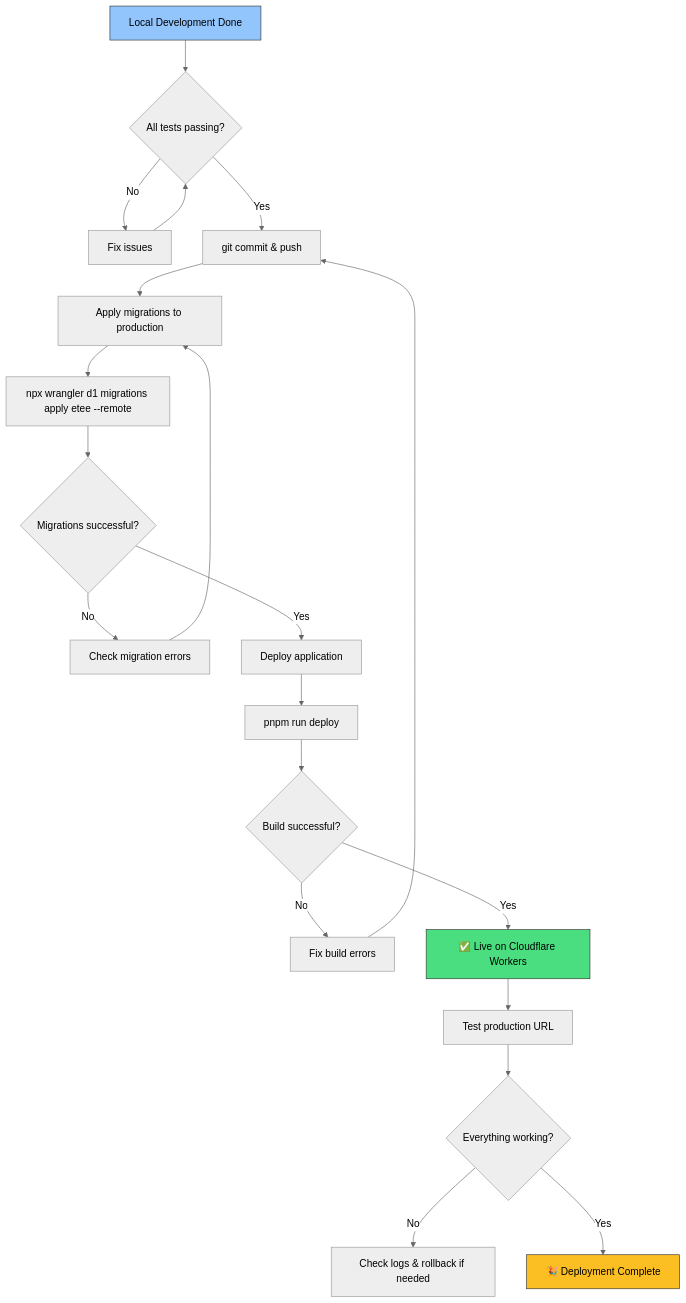
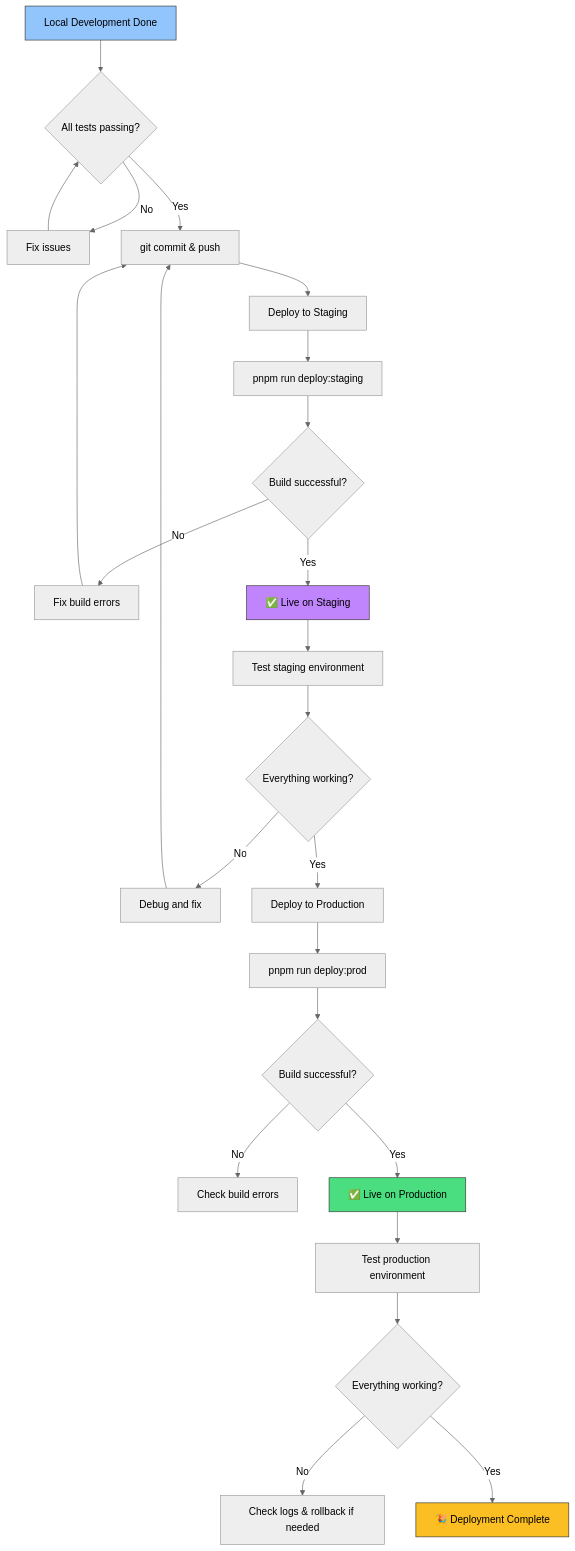
The fourth of 4 diagrams in README.md (ChickenLamb/gachapon-player-frontend), drawn with Mermaid (neutral theme) before and after one commit. The commit also changed other lines of this file and 8 other files, not shown here.

First line of the commit message:
feat: configure staging/production deployment without D1

````diff
--- a/README.md
+++ b/README.md
@@ -432,26 +401,31 @@
 ```mermaid
 graph TD
     A[Local Development Done] --> B{All tests passing?}
     B -->|No| C[Fix issues]
     C --> B
     B -->|Yes| D[git commit & push]
-    D --> E[Apply migrations to production]
-    E --> F[npx wrangler d1 migrations apply etee --remote]
-    F --> G{Migrations successful?}
-    G -->|No| H[Check migration errors]
-    H --> E
-    G -->|Yes| I[Deploy application]
-    I --> J[pnpm run deploy]
-    J --> K{Build successful?}
-    K -->|No| L[Fix build errors]
+    D --> E[Deploy to Staging]
+    E --> F[pnpm run deploy:staging]
+    F --> G{Build successful?}
+    G -->|No| H[Fix build errors]
+    H --> D
+    G -->|Yes| I[✅ Live on Staging]
+    I --> J[Test staging environment]
+    J --> K{Everything working?}
+    K -->|No| L[Debug and fix]
     L --> D
-    K -->|Yes| M[✅ Live on Cloudflare Workers]
-    M --> N[Test production URL]
-    N --> O{Everything working?}
-    O -->|No| P[Check logs & rollback if needed]
-    O -->|Yes| Q[🎉 Deployment Complete]
+    K -->|Yes| M[Deploy to Production]
+    M --> N[pnpm run deploy:prod]
+    N --> O{Build successful?}
+    O -->|No| P[Check build errors]
+    O -->|Yes| Q[✅ Live on Production]
+    Q --> R[Test production environment]
+    R --> S{Everything working?}
+    S -->|No| T[Check logs & rollback if needed]
+    S -->|Yes| U[🎉 Deployment Complete]
 
     style A fill:#93c5fd,stroke:#333,color:#000
-    style M fill:#4ade80,stroke:#333,color:#000
-    style Q fill:#fbbf24,stroke:#333,color:#000
+    style I fill:#c084fc,stroke:#333,color:#000
+    style Q fill:#4ade80,stroke:#333,color:#000
+    style U fill:#fbbf24,stroke:#333,color:#000
 ```
````
